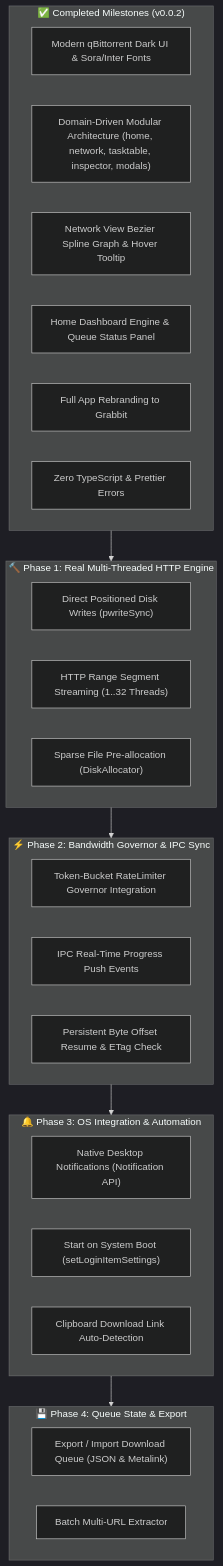
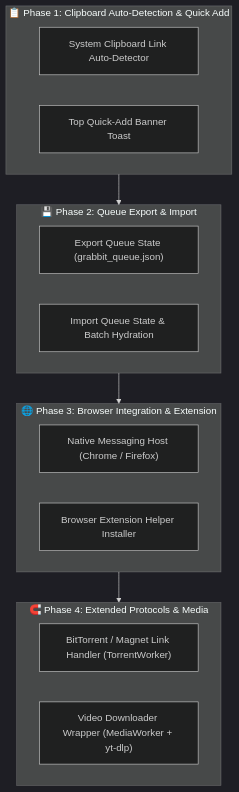
One commit to HawkdotDev/grabbit changed the diagram in implementation_plan.md. Above: the diagram before and after it, drawn with Mermaid (dark theme). The commit also changed other lines of this file, not shown here.

Commit message:
docs: focus implementation plan strictly on remaining Grabbit roadmap tasks

````diff
--- a/implementation_plan.md
+++ b/implementation_plan.md
@@ -9,39 +9,26 @@
 ```mermaid
 graph TB
-    subgraph Done["✅ Completed Milestones (v0.0.2)"]
-        UI["Modern qBittorrent Dark UI & Sora/Inter Fonts"]
-        Architecture["Domain-Driven Modular Architecture (home, network, tasktable, inspector, modals)"]
-        Telemetry["Network View Bezier Spline Graph & Hover Tooltip"]
-        HomeDashboard["Home Dashboard Engine & Queue Status Panel"]
-        Branding["Full App Rebranding to Grabbit"]
-        Typecheck["Zero TypeScript & Prettier Errors"]
+    subgraph Phase1["📋 Phase 1: Clipboard Auto-Detection & Quick Add"]
+        Clipboard["System Clipboard Link Auto-Detector"]
+        QuickAddBanner["Top Quick-Add Banner Toast"]
     end
 
-    subgraph Phase1["🔨 Phase 1: Real Multi-Threaded HTTP Engine"]
-        DirectPWrite["Direct Positioned Disk Writes (pwriteSync)"]
-        RangeChunking["HTTP Range Segment Streaming (1..32 Threads)"]
-        PreAllocation["Sparse File Pre-allocation (DiskAllocator)"]
+    subgraph Phase2["💾 Phase 2: Queue Export & Import"]
+        QueueExport["Export Queue State (grabbit_queue.json)"]
+        QueueImport["Import Queue State & Batch Hydration"]
     end
 
-    subgraph Phase2["⚡ Phase 2: Bandwidth Governor & IPC Sync"]
-        RateLimiting["Token-Bucket RateLimiter Governor Integration"]
-        IPCRealtime["IPC Real-Time Progress Push Events"]
-        PauseResume["Persistent Byte Offset Resume & ETag Check"]
+    subgraph Phase3["🌐 Phase 3: Browser Integration & Extension"]
+        NMH["Native Messaging Host (Chrome / Firefox)"]
+        ExtensionInstaller["Browser Extension Helper Installer"]
     end
 
-    subgraph Phase3["🔔 Phase 3: OS Integration & Automation"]
-        OSNotifications["Native Desktop Notifications (Notification API)"]
-        AutoStartBoot["Start on System Boot (setLoginItemSettings)"]
-        ClipboardDetect["Clipboard Download Link Auto-Detection"]
+    subgraph Phase4["🧲 Phase 4: Extended Protocols & Media"]
+        MagnetWorker["BitTorrent / Magnet Link Handler (TorrentWorker)"]
+        YtDlpWorker["Video Downloader Wrapper (MediaWorker + yt-dlp)"]
     end
 
-    subgraph Phase4["💾 Phase 4: Queue State & Export"]
-        QueueExport["Export / Import Download Queue (JSON & Metalink)"]
-        BatchDownload["Batch Multi-URL Extractor"]
-    end
-
-    Done --> Phase1
     Phase1 --> Phase2
     Phase2 --> Phase3
     Phase3 --> Phase4
 ```
````
